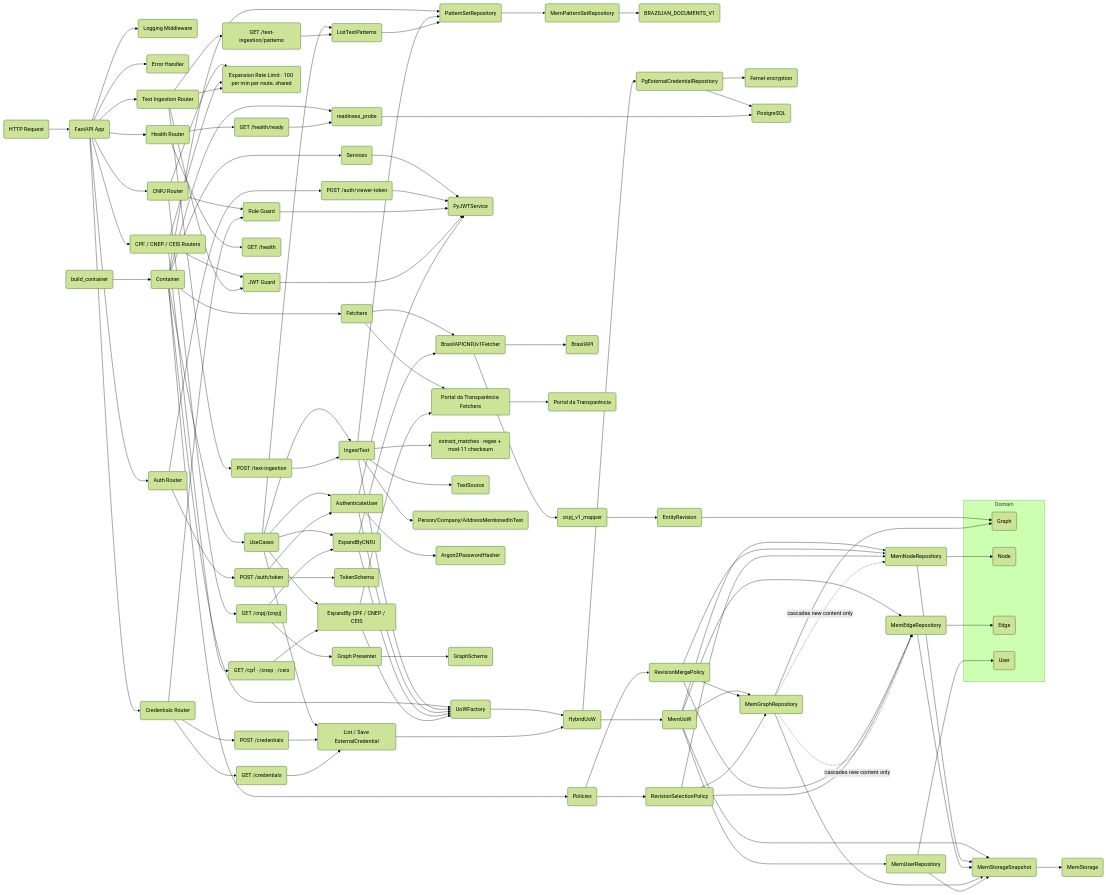
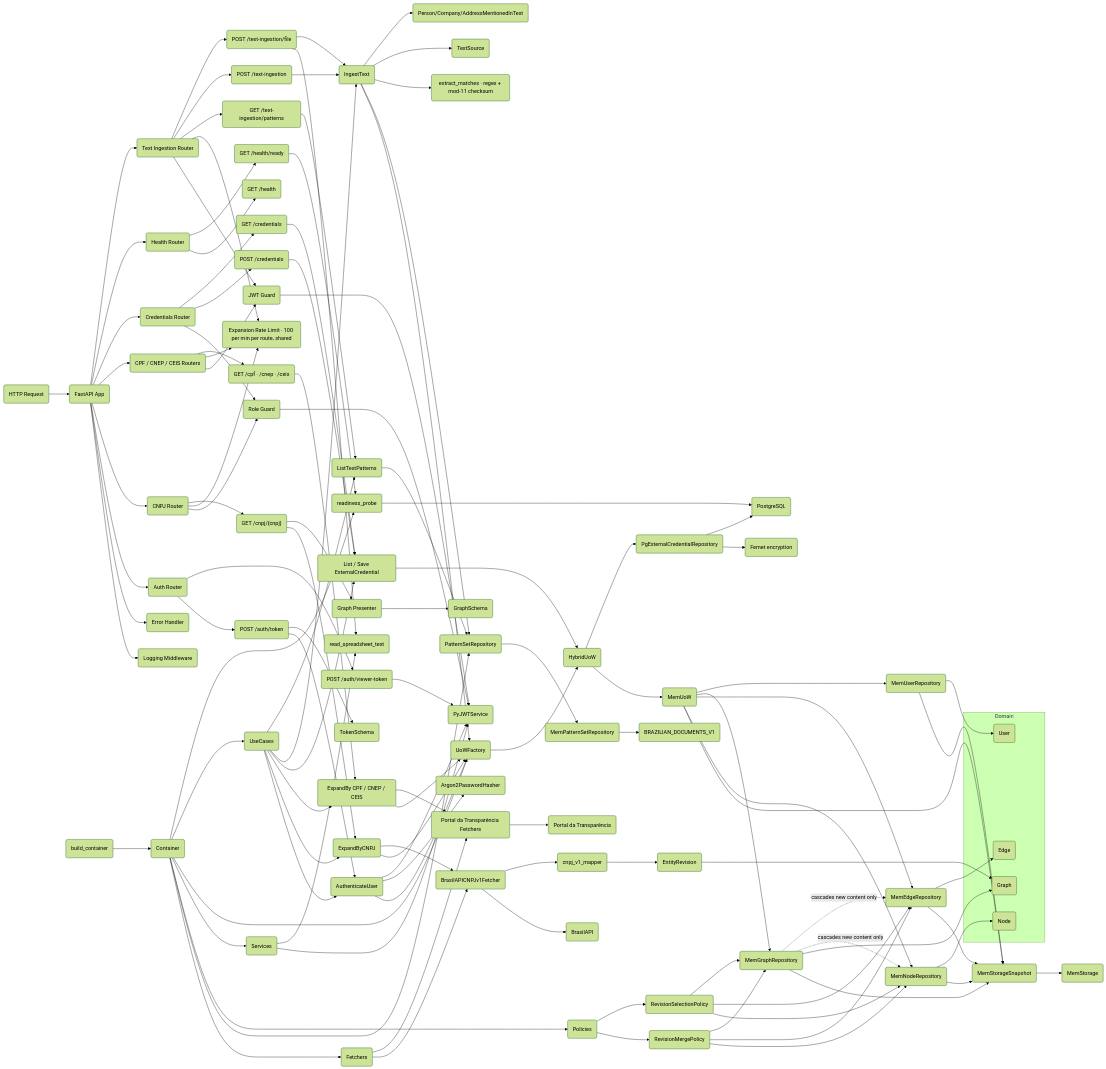
The diagram in README.md (geldois/osint-engine), drawn with Mermaid (forest theme) before and after one commit. The commit also changed other lines of this file and 3 other files, not shown here.

Commit message:
docs: describe spreadsheet ingestion in README and architecture docs

```diff
--- a/README.md
+++ b/README.md
@@ -59,6 +59,7 @@
     TextIngestionRouter --> ExpansionRateLimit
     TextIngestionRouter --> GetPatterns("GET /text-ingestion/patterns")
     TextIngestionRouter --> PostIngestion("POST /text-ingestion")
+    TextIngestionRouter --> PostIngestionFile("POST /text-ingestion/file")
 
     Bootstrap("build_container") --> Container("Container")
     Container --> Fetchers("Fetchers")
@@ -76,6 +77,7 @@
     UseCases --> IngestText("IngestText")
     UseCases --> ListPatternSets("ListTextPatterns")
     Services --> PyJWTService("PyJWTService")
+    Services --> SpreadsheetReader("read_spreadsheet_text")
     Fetchers --> CNPJFetcher("BrasilAPICNPJv1Fetcher")
     Fetchers --> PortalFetchers("Portal da Transparência Fetchers")
     PatternSets --> MemPatternSets("MemPatternSetRepository")
@@ -89,6 +91,8 @@
     GetCredentials --> CredentialUseCases
     GetPatterns --> ListPatternSets
     PostIngestion --> IngestText
+    PostIngestionFile --> SpreadsheetReader
+    PostIngestionFile --> IngestText
     Readiness --> ReadinessProbe
     RoleGuard --> PyJWTService
     JwtGuard --> PyJWTService
```
